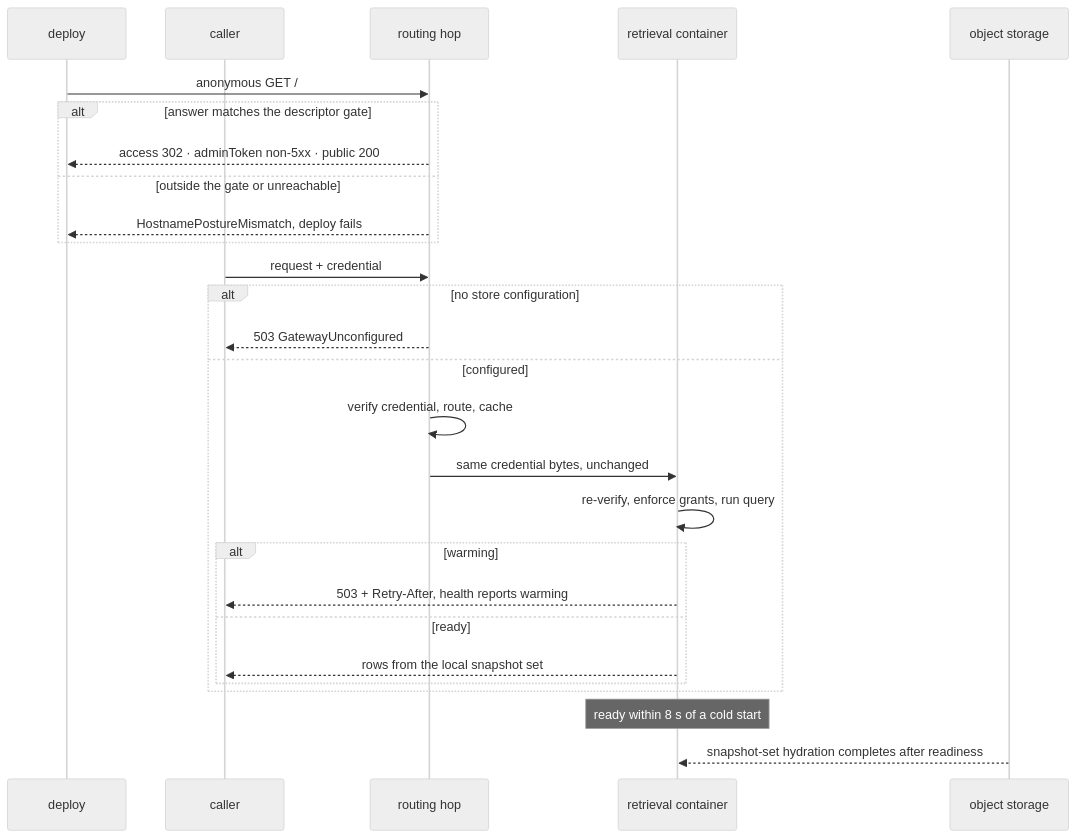
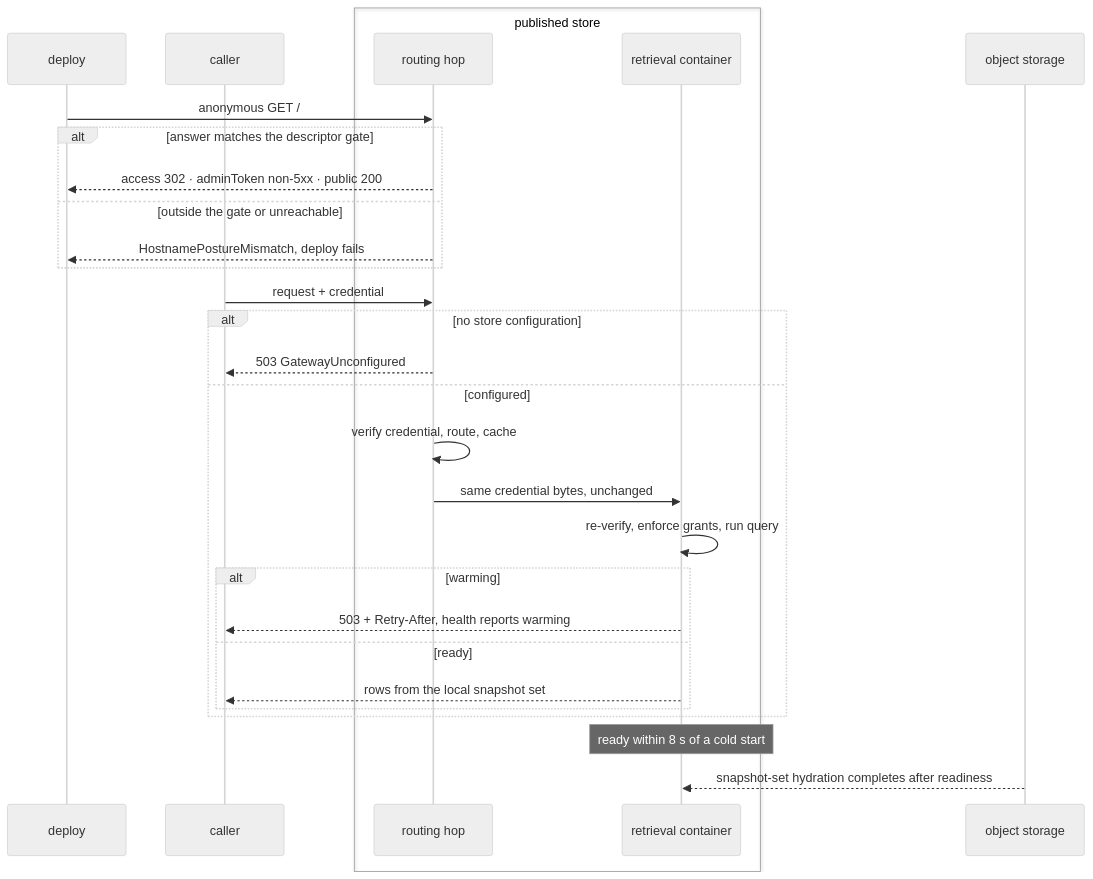
One commit to fractalboxdev/contextful changed the fourth of 5 diagrams in spec/01-topology.md. Above: the diagram before and after it, drawn with Mermaid (neutral theme). The commit also changed other lines of this file and 33 other files, not shown here.

Commit message:
spec: diagrams draw contracts, parties and trust zones as containers; a node standing for one is refused

````diff
--- a/spec/01-topology.md
+++ b/spec/01-topology.md
@@ -229,31 +252,33 @@
 ```mermaid
 sequenceDiagram
   participant D as deploy
   participant C as caller
-  participant H as routing hop
-  participant R as retrieval container
+  box published store
+    participant H as routing hop
+    participant R as retrieval container
+  end
   participant O as object storage
 
   D->>H: anonymous GET /
   alt answer matches the descriptor gate
     H-->>D: access 302 · adminToken non-5xx · public 200
   else outside the gate or unreachable
     H-->>D: HostnamePostureMismatch, deploy fails
   end
 
   C->>H: request + credential
   alt no store configuration
     H-->>C: 503 GatewayUnconfigured
   else configured
     H->>H: verify credential, route, cache
     H->>R: same credential bytes, unchanged
     R->>R: re-verify, enforce grants, run query
     alt warming
       R-->>C: 503 + Retry-After, health reports warming
     else ready
       R-->>C: rows from the local snapshot set
     end
   end
   Note over R: ready within 8 s of a cold start
   O-->>R: snapshot-set hydration completes after readiness
 ```
````
